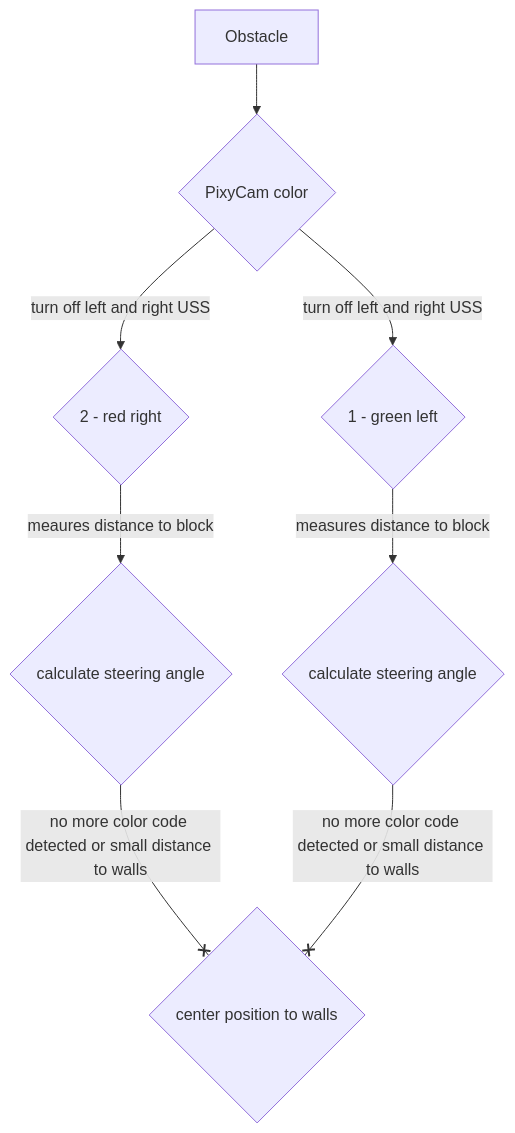
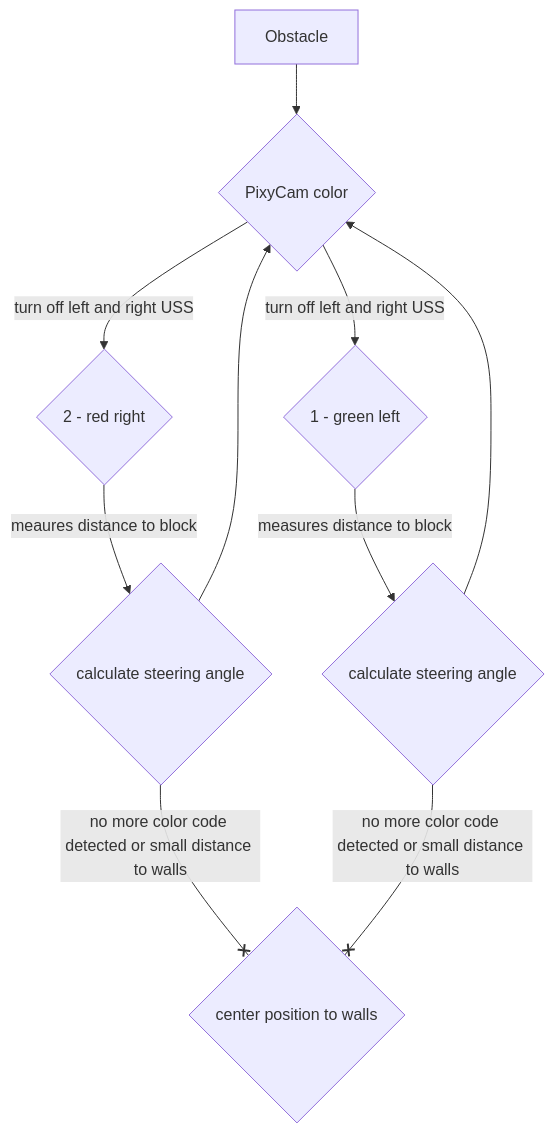
One commit to SchroedingersBit/PfortGTPanama changed the first of 2 diagrams in programming/ObstacleChallenge/README.md. Above: the diagram before and after it, drawn with Mermaid.

````diff
--- a/programming/ObstacleChallenge/README.md
+++ b/programming/ObstacleChallenge/README.md
@@ -6,7 +6,8 @@
 ```mermaid
 flowchart TB;
 Obstacle --> P{PixyCam color} -->|turn off left and right USS| R{2 - red right} & G{1 - green left};
 R -->|meaures distance to block| RU{calculate steering angle};
 G -->|measures distance to block| LU{calculate steering angle};
+RU & LU --> P
 RU & LU --x |no more color code detected or small distance to walls| B{center position to walls};
 ```
````
